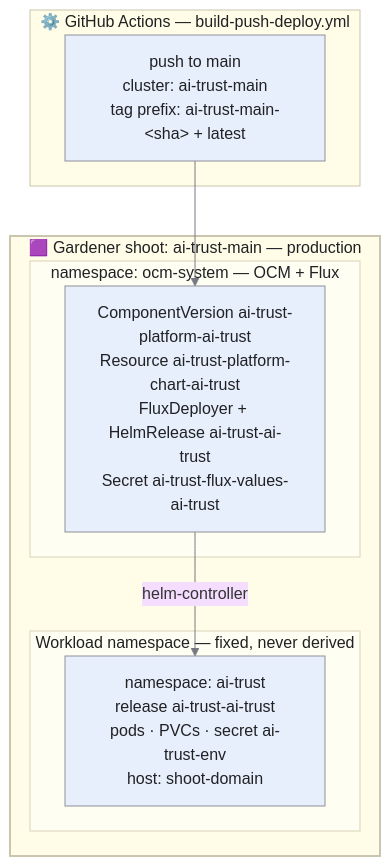
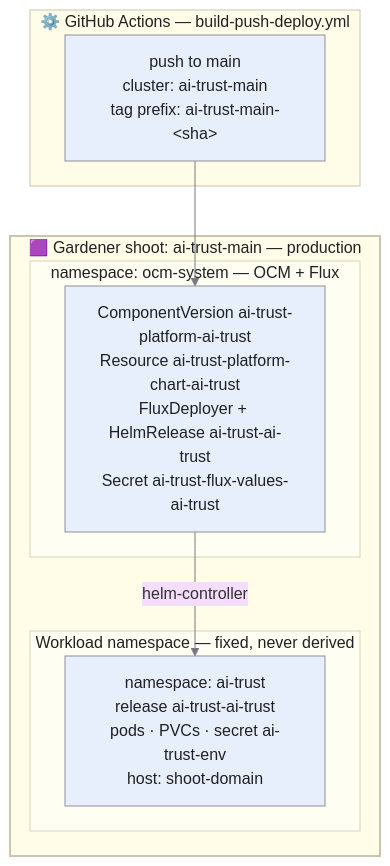
One commit to AI-Trust-Services/ai-trust-platform changed the second of 3 diagrams in docs/ci-cd.md. Above: the diagram before and after it, drawn with Mermaid (base theme). The commit also changed other lines of this file and 2 other files, not shown here.

````diff
--- a/docs/ci-cd.md
+++ b/docs/ci-cd.md
@@ -110,28 +110,28 @@
 ```mermaid
 flowchart TB
     subgraph gha["⚙️ GitHub Actions — build-push-deploy.yml"]
-        t_main["push to main<br/>cluster: ai-trust-main<br/>tag prefix: ai-trust-main-&lt;sha&gt; + latest"]
+        t_main["push to main<br/>cluster: ai-trust-main<br/>tag prefix: ai-trust-main-&lt;sha&gt;"]
     end
 
     subgraph cluster["🟪 Gardener shoot: ai-trust-main — production"]
         subgraph ocmsys["namespace: ocm-system — OCM + Flux"]
             crs_main["ComponentVersion ai-trust-platform-ai-trust<br/>Resource ai-trust-platform-chart-ai-trust<br/>FluxDeployer + HelmRelease ai-trust-ai-trust<br/>Secret ai-trust-flux-values-ai-trust"]
         end
 
         subgraph nss["Workload namespace — fixed, never derived"]
             ns_main["namespace: ai-trust<br/>release ai-trust-ai-trust<br/>pods · PVCs · secret ai-trust-env<br/>host: shoot-domain"]
         end
 
         crs_main -->|helm-controller| ns_main
     end
 
     t_main --> crs_main
 
     classDef nsMain fill:#e7effc,stroke:#8f8f99,stroke-width:1px,color:#202124
     class t_main,crs_main,ns_main nsMain
     style gha fill:#fffde7,stroke:#c9c5ae,stroke-width:1px,color:#202124
     style cluster fill:#fffde7,stroke:#c9c5ae,stroke-width:2px,color:#202124
     style ocmsys fill:#fffef2,stroke:#d8d3b8,stroke-width:1px,color:#202124
     style nss fill:#fffef2,stroke:#d8d3b8,stroke-width:1px,color:#202124
     linkStyle default stroke:#777982,stroke-width:1px
 ```
````
